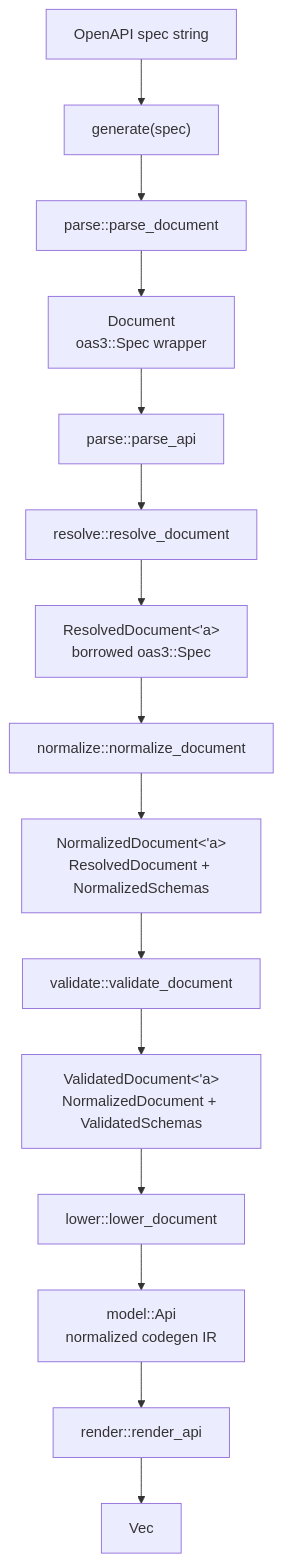
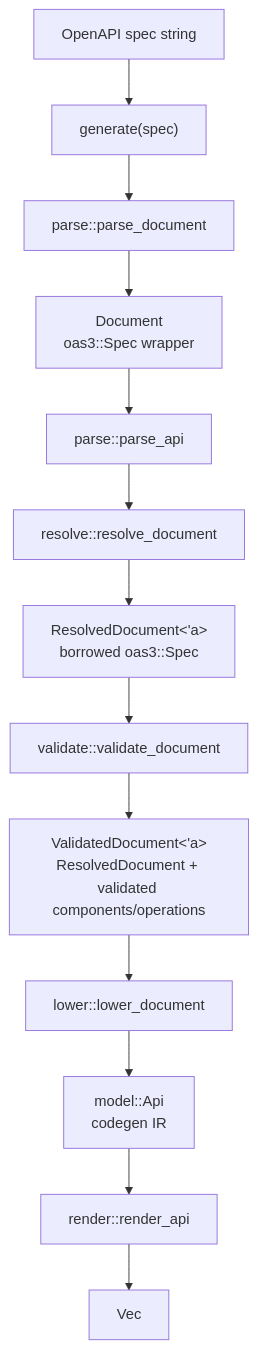
Before and after one commit to zeon256/satay-rs: the first of 6 diagrams in ARCHITECTURE.md, drawn with Mermaid. The commit also changed other lines of this file, not shown here.

````diff
--- a/ARCHITECTURE.md
+++ b/ARCHITECTURE.md
@@ -11,17 +11,15 @@
 ```mermaid
 flowchart TD
     spec["OpenAPI spec string"] --> generate["generate(spec)"]
     generate --> parseDocument["parse::parse_document"]
     parseDocument --> document["Document<br/>oas3::Spec wrapper"]
     document --> parseApi["parse::parse_api"]
     parseApi --> resolve["resolve::resolve_document"]
     resolve --> resolved["ResolvedDocument<'a><br/>borrowed oas3::Spec"]
-    resolved --> normalize["normalize::normalize_document"]
-    normalize --> normalized["NormalizedDocument<'a><br/>ResolvedDocument + NormalizedSchemas"]
-    normalized --> validate["validate::validate_document"]
-    validate --> validated["ValidatedDocument<'a><br/>NormalizedDocument + ValidatedSchemas"]
+    resolved --> validate["validate::validate_document"]
+    validate --> validated["ValidatedDocument<'a><br/>ResolvedDocument + validated components/operations"]
     validated --> lower["lower::lower_document"]
-    lower --> model["model::Api<br/>normalized codegen IR"]
+    lower --> model["model::Api<br/>codegen IR"]
     model --> render["render::render_api"]
     render --> files["Vec<GeneratedFile>"]
 ```
````
